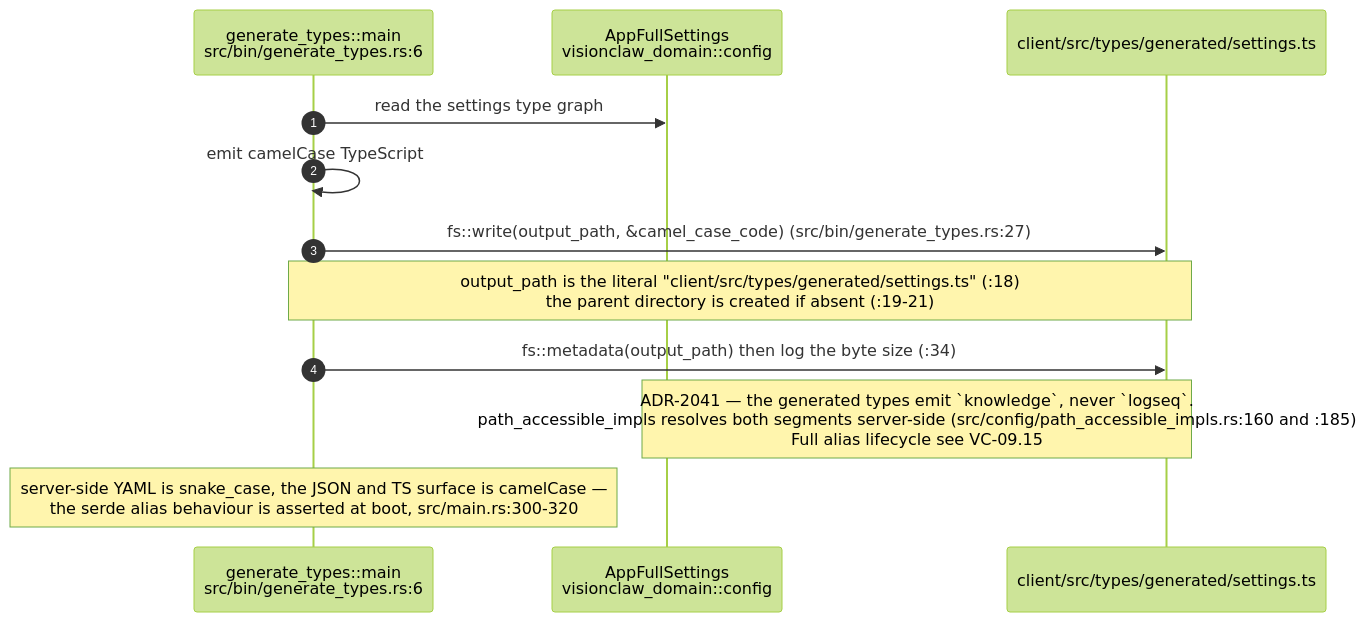
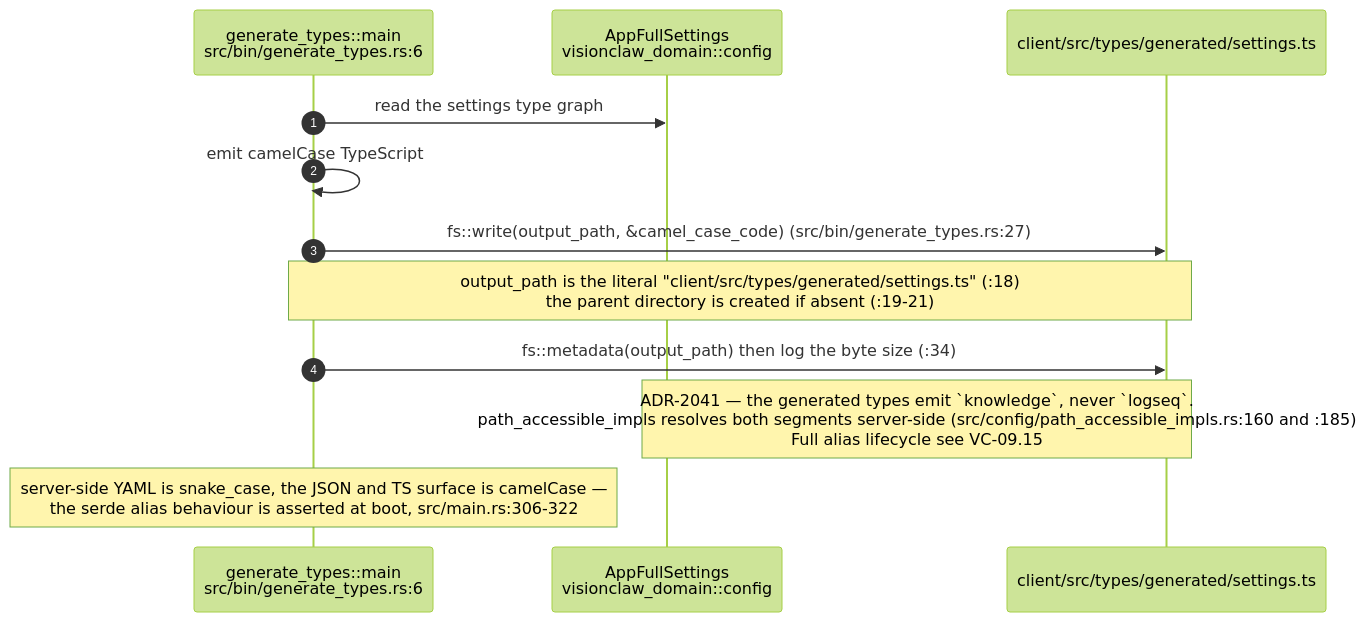
One commit to DreamLab-AI/VisionFlow changed the ninth of 10 diagrams in docs/diagrams/visionclaw/06-settings-round-trip.md. Above: the diagram before and after it, drawn with Mermaid (forest theme). The commit also changed other lines of this file and 32 other files, not shown here.

````diff
--- a/docs/diagrams/visionclaw/06-settings-round-trip.md
+++ b/docs/diagrams/visionclaw/06-settings-round-trip.md
@@ -312,15 +312,15 @@
 ```mermaid
 sequenceDiagram
     autonumber
     participant B as generate_types::main<br/>src/bin/generate_types.rs:6
     participant D as AppFullSettings<br/>visionclaw_domain::config
     participant F as client/src/types/generated/settings.ts
 
     B->>D: read the settings type graph
     B->>B: emit camelCase TypeScript
     B->>F: fs::write(output_path, &camel_case_code) (src/bin/generate_types.rs:27)
     Note over B,F: output_path is the literal "client/src/types/generated/settings.ts" (:18)<br/>the parent directory is created if absent (:19-21)
     B->>F: fs::metadata(output_path) then log the byte size (:34)
     Note over D,F: ADR-2041 — the generated types emit `knowledge`, never `logseq`.<br/>path_accessible_impls resolves both segments server-side (src/config/path_accessible_impls.rs:160 and :185)<br/>Full alias lifecycle see VC-09.15
-    Note over B: server-side YAML is snake_case, the JSON and TS surface is camelCase —<br/>the serde alias behaviour is asserted at boot, src/main.rs:300-320
+    Note over B: server-side YAML is snake_case, the JSON and TS surface is camelCase —<br/>the serde alias behaviour is asserted at boot, src/main.rs:306-322
 ```
````
